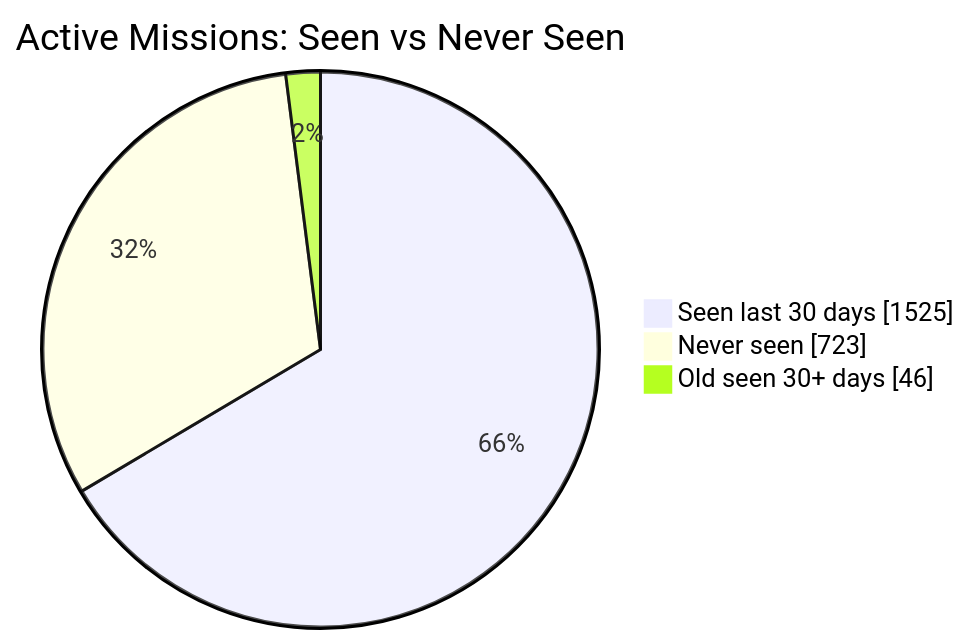
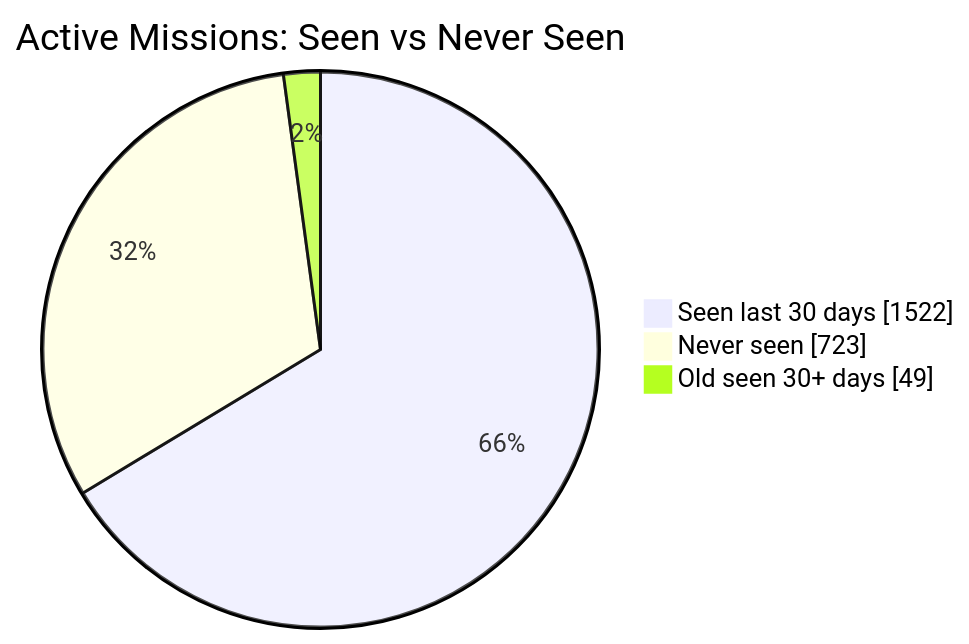
Before and after one commit to MeldkamerspelGameTeam/active-missions: the first of 2 diagrams in README.md, drawn with Mermaid. The commit also changed other lines of this file and 3 other files, not shown here.

````diff
--- a/README.md
+++ b/README.md
@@ -34,7 +34,7 @@
 ```mermaid
 pie showData
     title Active Missions: Seen vs Never Seen
-    "Seen last 30 days" : 1525
+    "Seen last 30 days" : 1522
     "Never seen" : 723
-    "Old seen 30+ days" : 46
+    "Old seen 30+ days" : 49
 ```
````
